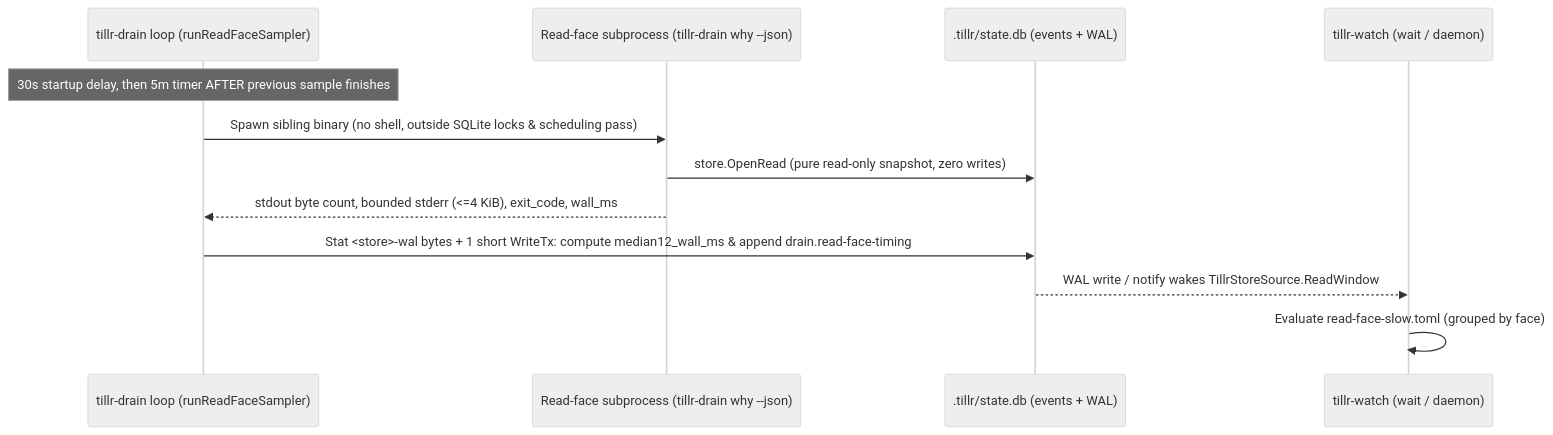
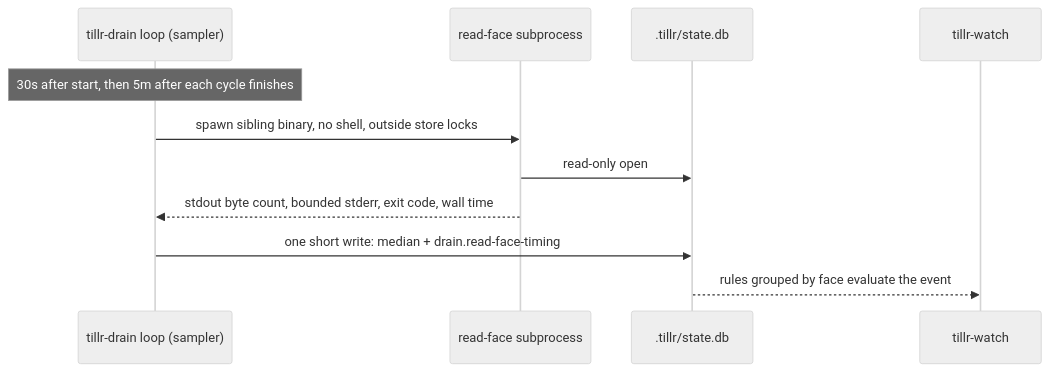
Before and after one commit to mschulkind-oss/tillr: the diagram in docs/design/tillr-read-face-timing.md, drawn with Mermaid (neutral theme). The commit also changed other lines of this file and 4 other files, not shown here.

````diff
--- a/docs/design/tillr-read-face-timing.md
+++ b/docs/design/tillr-read-face-timing.md
@@ -137,15 +80,14 @@
 ```mermaid
 sequenceDiagram
-    participant Drain as tillr-drain loop (runReadFaceSampler)
-    participant Child as Read-face subprocess (tillr-drain why --json)
-    participant DB as .tillr/state.db (events + WAL)
-    participant Watch as tillr-watch (wait / daemon)
+    participant Drain as tillr-drain loop (sampler)
+    participant Child as read-face subprocess
+    participant DB as .tillr/state.db
+    participant Watch as tillr-watch
 
-    Note over Drain: 30s startup delay, then 5m timer AFTER previous sample finishes
-    Drain->>Child: Spawn sibling binary (no shell, outside SQLite locks & scheduling pass)
-    Child->>DB: store.OpenRead (pure read-only snapshot, zero writes)
-    Child-->>Drain: stdout byte count, bounded stderr (<=4 KiB), exit_code, wall_ms
-    Drain->>DB: Stat <store>-wal bytes + 1 short WriteTx: compute median12_wall_ms & append drain.read-face-timing
-    DB-->>Watch: WAL write / notify wakes TillrStoreSource.ReadWindow
-    Watch->>Watch: Evaluate read-face-slow.toml (grouped by face)
+    Note over Drain: 30s after start, then 5m after each cycle finishes
+    Drain->>Child: spawn sibling binary, no shell, outside store locks
+    Child->>DB: read-only open
+    Child-->>Drain: stdout byte count, bounded stderr, exit code, wall time
+    Drain->>DB: one short write: median + drain.read-face-timing
+    DB-->>Watch: rules grouped by face evaluate the event
 ```
````
